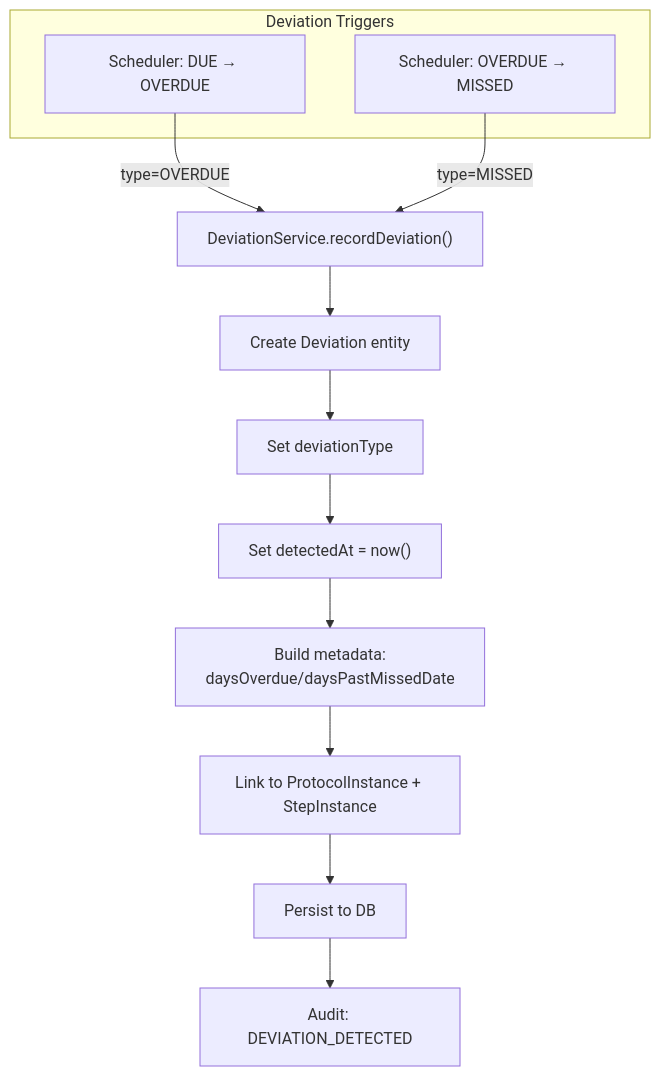
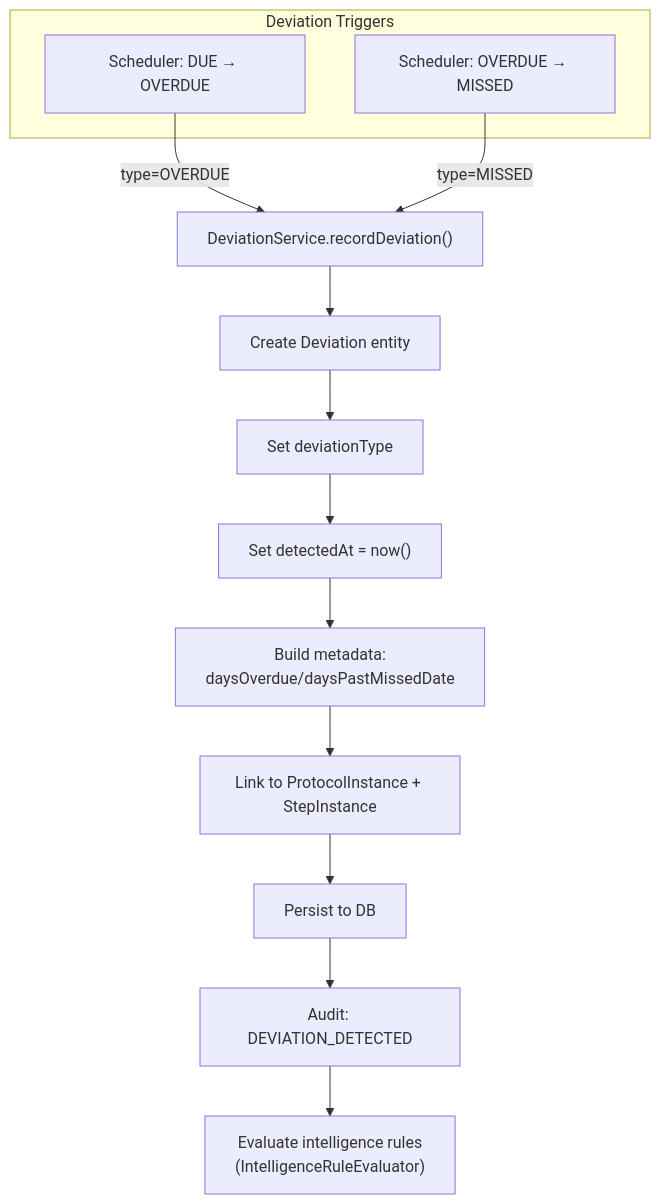
Before and after one commit to Jayaprakash8887/cce-compliance-service: the fifth of 9 diagrams in docs/flow-diagrams.md, drawn with Mermaid. The commit also changed other lines of this file and 7 other files, not shown here.

````diff
--- a/docs/flow-diagrams.md
+++ b/docs/flow-diagrams.md
@@ -265,19 +265,20 @@
 ```mermaid
 flowchart TD
     subgraph "Deviation Triggers"
         T1["Scheduler: DUE → OVERDUE"]
         T2["Scheduler: OVERDUE → MISSED"]
     end
 
     T1 -->|"type=OVERDUE"| RD
     T2 -->|"type=MISSED"| RD
 
     RD["DeviationService.recordDeviation()"]
     RD --> D1["Create Deviation entity"]
     D1 --> D2["Set deviationType"]
     D2 --> D3["Set detectedAt = now()"]
     D3 --> D4["Build metadata:<br/>daysOverdue/daysPastMissedDate"]
     D4 --> D5["Link to ProtocolInstance + StepInstance"]
     D5 --> D6["Persist to DB"]
     D6 --> D7["Audit: DEVIATION_DETECTED"]
+    D7 --> D8["Evaluate intelligence rules<br/>(IntelligenceRuleEvaluator)"]
 ```
````
